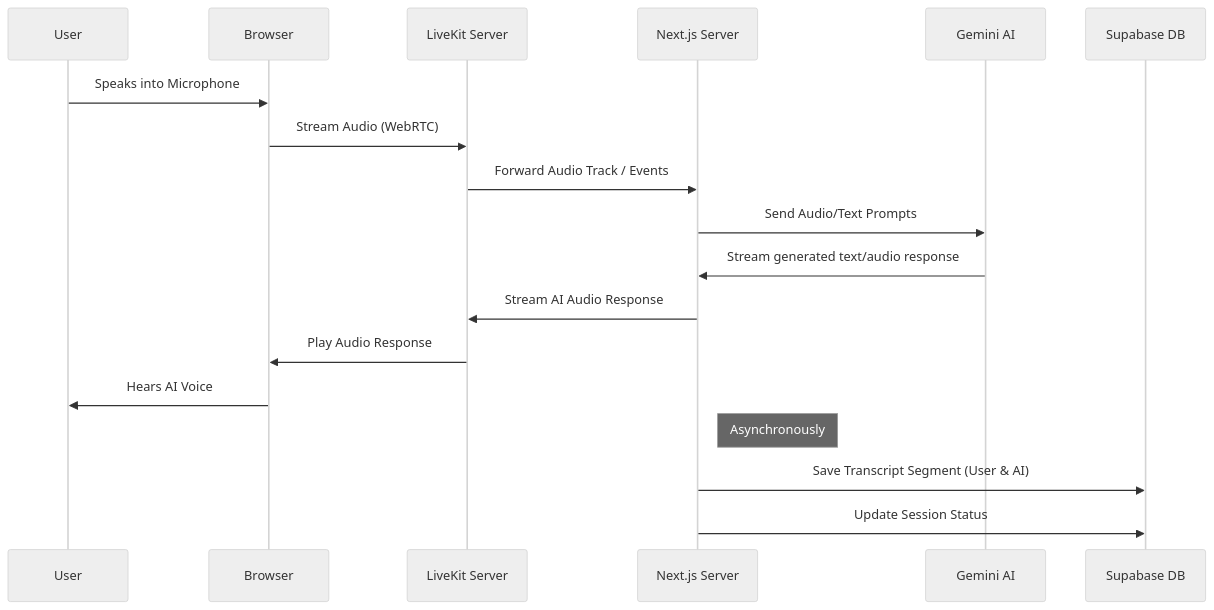
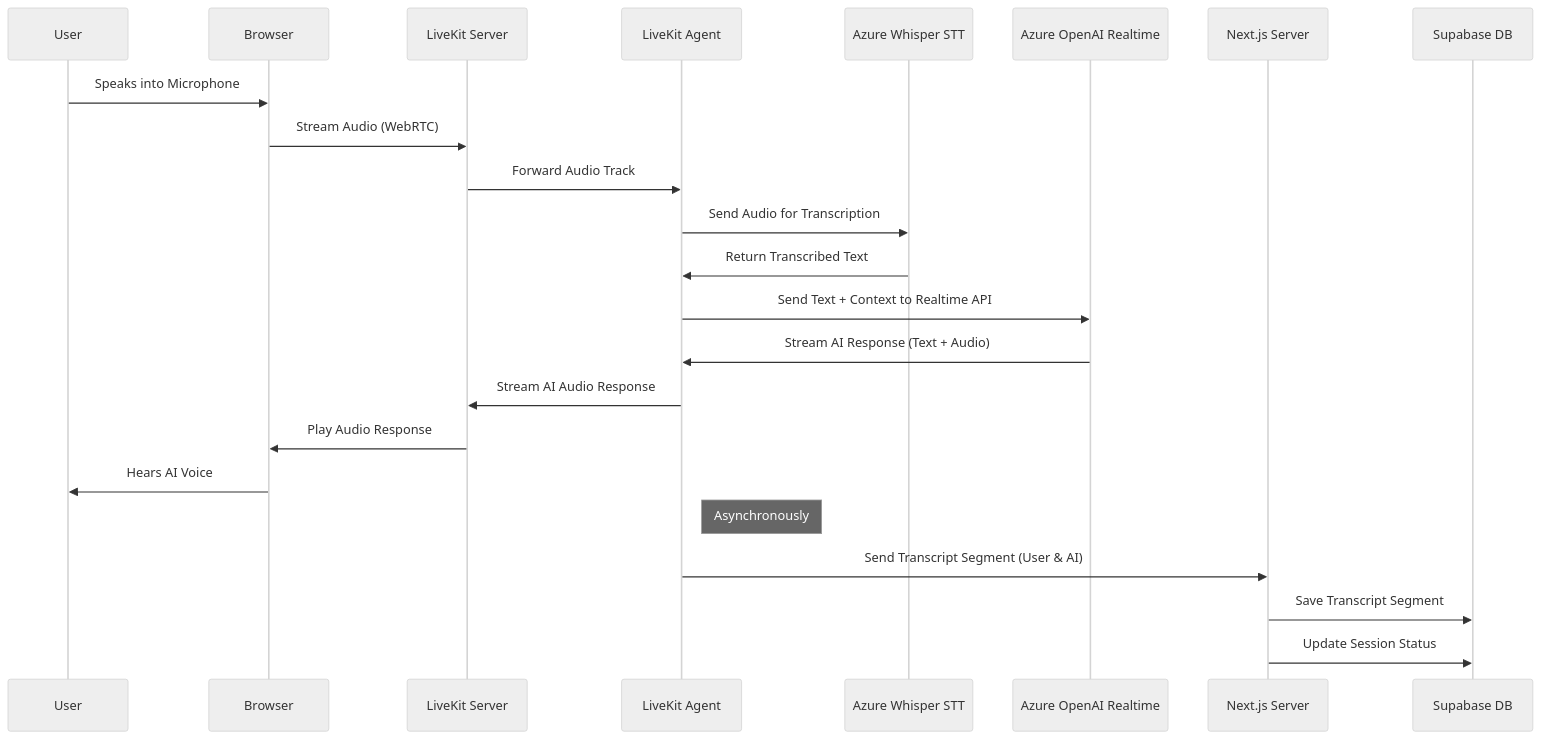
The diagram in docs/DATA_FLOW.md (sumitpandey-cell/azure_ai_interview), drawn with Mermaid (neutral theme) before and after one commit. The commit also changed other lines of this file and 65 other files, not shown here.

Commit message:
feat: Implement personalized roadmap, public profiles, and enhance interview eligibility checks and reporting.

````diff
--- a/docs/DATA_FLOW.md
+++ b/docs/DATA_FLOW.md
@@ -7,22 +7,27 @@
 ```mermaid
 sequenceDiagram
     participant User
     participant Browser
     participant LiveKit as LiveKit Server
+    participant Agent as LiveKit Agent
+    participant Whisper as Azure Whisper STT
+    participant Azure as Azure OpenAI Realtime
     participant App as Next.js Server
-    participant AI as Gemini AI
     participant DB as Supabase DB
 
     User->>Browser: Speaks into Microphone
     Browser->>LiveKit: Stream Audio (WebRTC)
-    LiveKit->>App: Forward Audio Track / Events
-    App->>AI: Send Audio/Text Prompts
-    AI->>App: Stream generated text/audio response
-    App->>LiveKit: Stream AI Audio Response
+    LiveKit->>Agent: Forward Audio Track
+    Agent->>Whisper: Send Audio for Transcription
+    Whisper->>Agent: Return Transcribed Text
+    Agent->>Azure: Send Text + Context to Realtime API
+    Azure->>Agent: Stream AI Response (Text + Audio)
+    Agent->>LiveKit: Stream AI Audio Response
     LiveKit->>Browser: Play Audio Response
     Browser->>User: Hears AI Voice
 
-    Note right of App: Asynchronously
-    App->>DB: Save Transcript Segment (User & AI)
+    Note right of Agent: Asynchronously
+    Agent->>App: Send Transcript Segment (User & AI)
+    App->>DB: Save Transcript Segment
     App->>DB: Update Session Status
 ```
````
